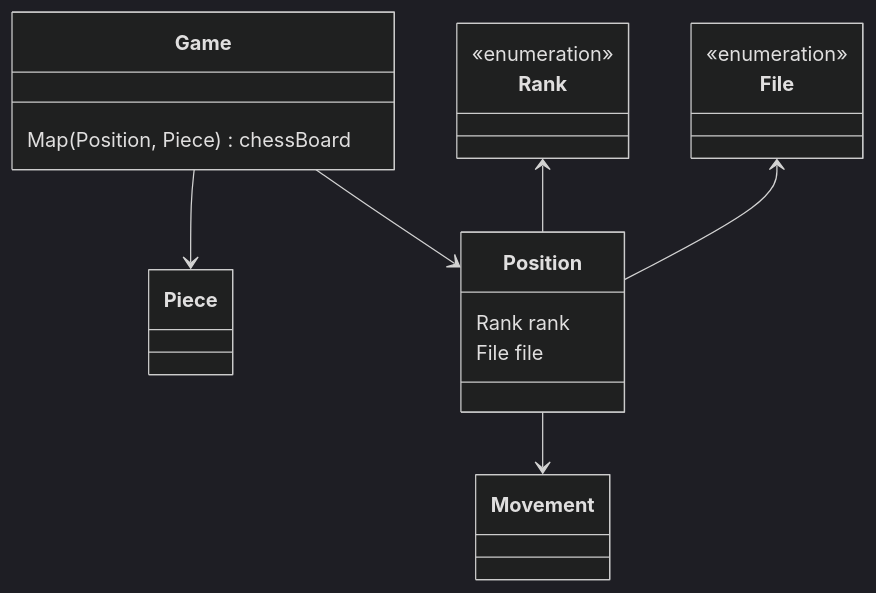
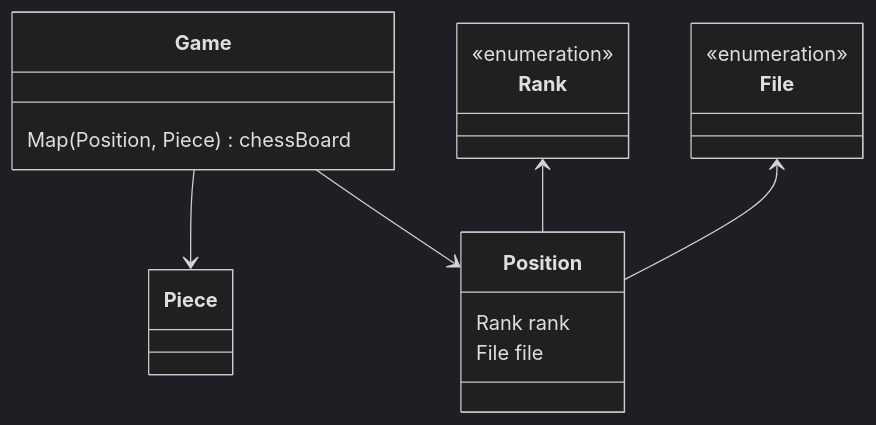
One commit to woowacourse/java-chess changed the first of 2 diagrams in README.md. Above: the diagram before and after it, drawn with Mermaid (dark theme). The commit also changed other lines of this file, not shown here.

Commit message:
chore: 깃 충돌 해결

````diff
--- a/README.md
+++ b/README.md
@@ -7,21 +7,19 @@
 ```mermaid
 classDiagram
     Game --> Piece
     Game --> Position
-    Position --> Movement
-
     Rank <-- Position
     File <-- Position
 
     <<enumeration>> Rank
     <<enumeration>> File
 
     class Position {
         Rank rank
         File file
     }
 
     class Game {
         Map(Position, Piece) chessBoard
     }
 ```
````
